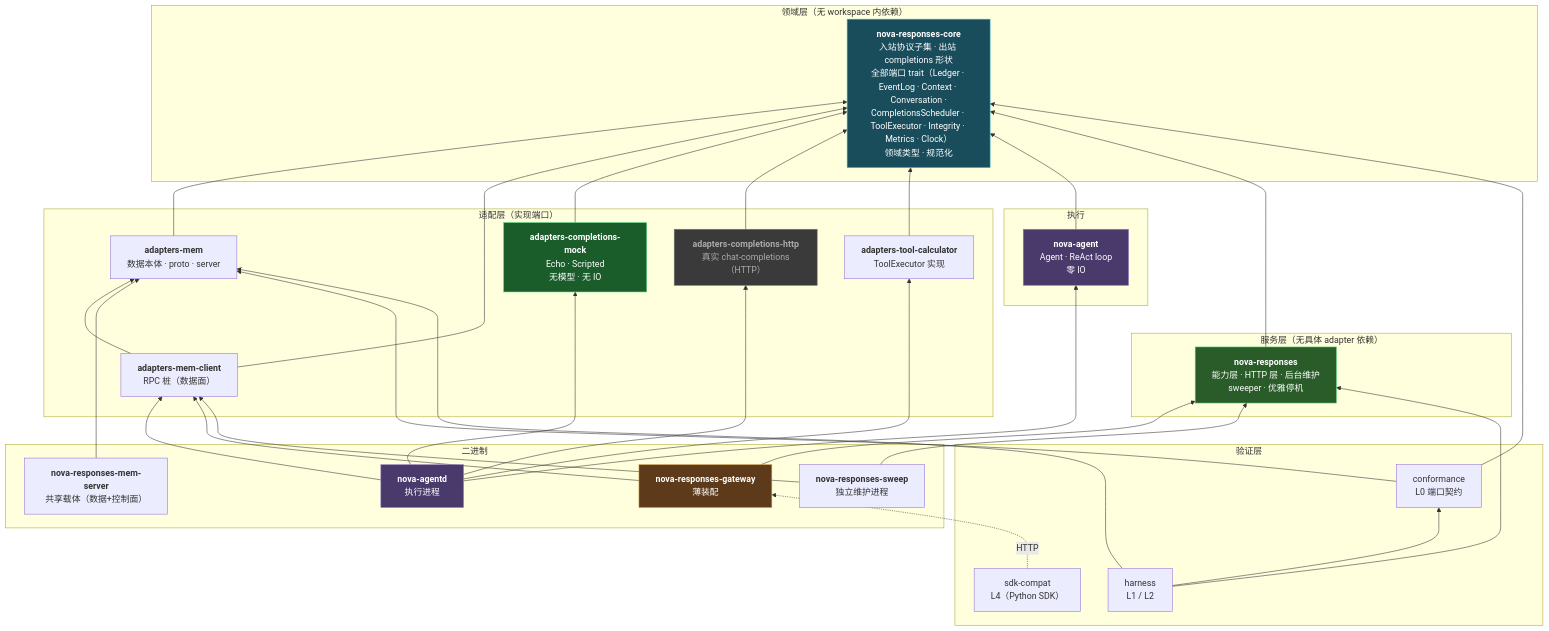
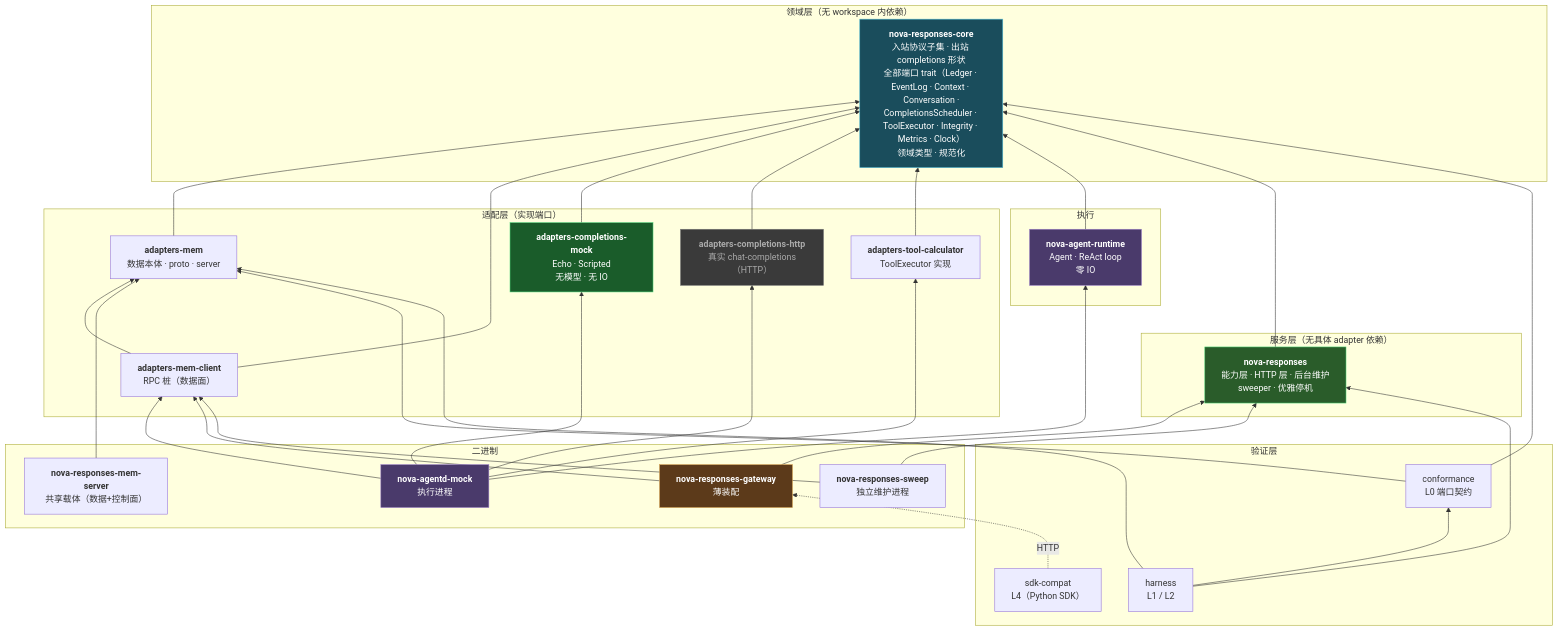
The first of 8 diagrams in docs/design/00-architecture-review.md (charleslyh/nova-chat), drawn with Mermaid before and after one commit. The commit also changed other lines of this file and 65 other files, not shown here.

Commit message:
refactor(agent): extract AgentRuntime orchestrator behind an AgentRunner trait refactor(agentd): demote to nova-agentd-mock verification process under testing/ refactor(core): drop Clock and completions provider abstractions from the domain

````diff
--- a/docs/design/00-architecture-review.md
+++ b/docs/design/00-architecture-review.md
@@ -60,68 +60,68 @@
 ```mermaid
 graph BT
     subgraph L0["领域层（无 workspace 内依赖）"]
         core["<b>nova-responses-core</b><br/>入站协议子集 · 出站 completions 形状<br/>全部端口 trait（Ledger · EventLog · Context · Conversation ·<br/>CompletionsScheduler · ToolExecutor · Integrity · Metrics · Clock）<br/>领域类型 · 规范化"]
     end
 
     subgraph L1["适配层（实现端口）"]
         mem["<b>adapters-mem</b><br/>数据本体 · proto · server"]
         memclient["<b>adapters-mem-client</b><br/>RPC 桩（数据面）"]
         cmock["<b>adapters-completions-mock</b><br/>Echo · Scripted<br/>无模型 · 无 IO"]
         chttp["<b>adapters-completions-http</b><br/>真实 chat-completions（HTTP）"]
         tool["<b>adapters-tool-calculator</b><br/>ToolExecutor 实现"]
     end
 
     subgraph L2["执行"]
-        agent["<b>nova-agent</b><br/>Agent · ReAct loop<br/>零 IO"]
+        agent["<b>nova-agent-runtime</b><br/>Agent · ReAct loop<br/>零 IO"]
     end
 
     subgraph SRV["服务层（无具体 adapter 依赖）"]
         svc["<b>nova-responses</b><br/>能力层 · HTTP 层 · 后台维护<br/>sweeper · 优雅停机"]
     end
 
     subgraph L3["二进制"]
         gw["<b>nova-responses-gateway</b><br/>薄装配"]
-        agentd["<b>nova-agentd</b><br/>执行进程"]
+        agentd["<b>nova-agentd-mock</b><br/>执行进程"]
         memsrv["<b>nova-responses-mem-server</b><br/>共享载体（数据+控制面）"]
         sweep["<b>nova-responses-sweep</b><br/>独立维护进程"]
     end
 
     subgraph T["验证层"]
         conf["conformance<br/>L0 端口契约"]
         harn["harness<br/>L1 / L2"]
         sdk["sdk-compat<br/>L4（Python SDK）"]
     end
 
     mem --> core
     memclient --> core
     memclient --> mem
     cmock --> core
     chttp --> core
     tool --> core
     agent --> core
     svc --> core
     agentd --> agent
     agentd --> memclient
     agentd --> cmock
     agentd --> chttp
     agentd --> tool
     gw --> svc
     gw --> memclient
     memsrv --> mem
     sweep --> memclient
     sweep --> svc
     conf --> core
     conf --> mem
     harn --> conf
     harn --> svc
     harn --> mem
     sdk -.->|"HTTP"| gw
 
     style core fill:#1a4d5c,stroke:#4db8d4,color:#fff
     style agent fill:#4a3a6b,stroke:#9b7fc7,color:#fff
     style agentd fill:#4a3a6b,stroke:#9b7fc7,color:#fff
     style svc fill:#2a5c2a,stroke:#4dd47a,color:#fff
     style gw fill:#5c3a1a,stroke:#d4a04d,color:#fff
     style cmock fill:#1a5c2a,stroke:#4dd47a,color:#fff
     style chttp fill:#3a3a3a,stroke:#777,color:#aaa
 ```
````
